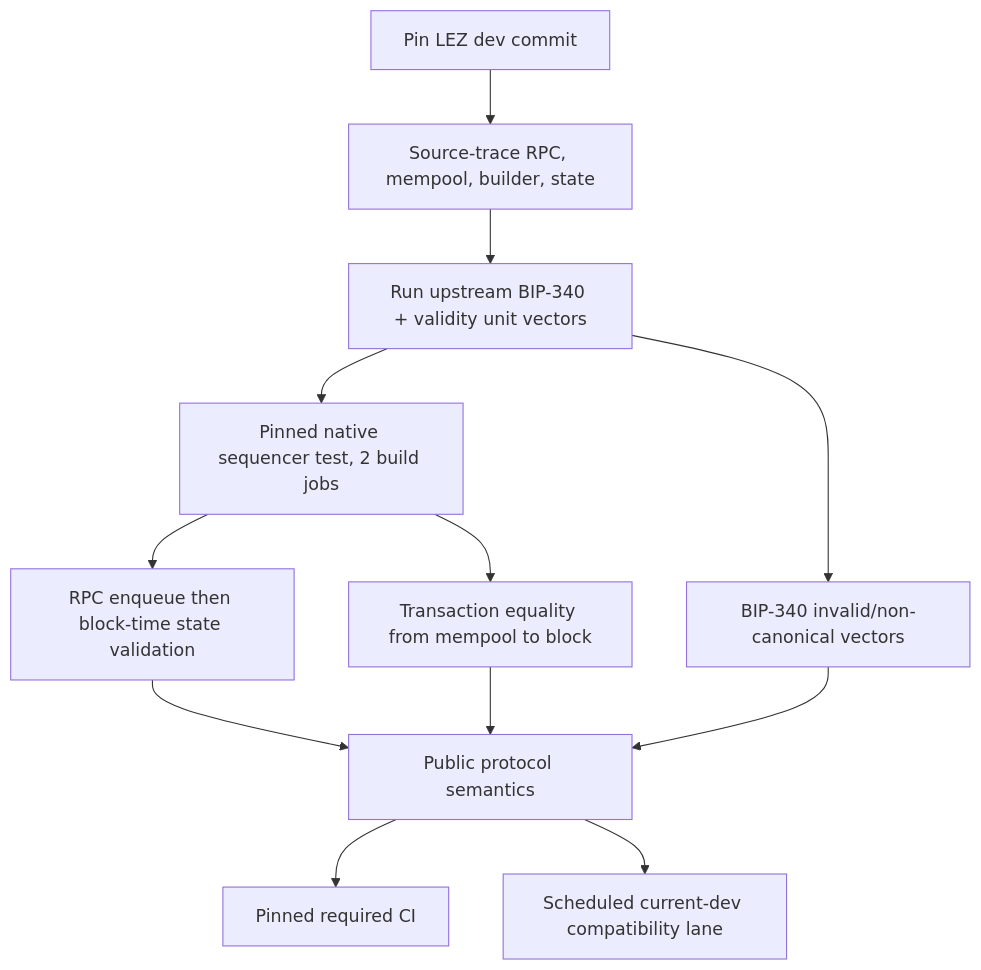
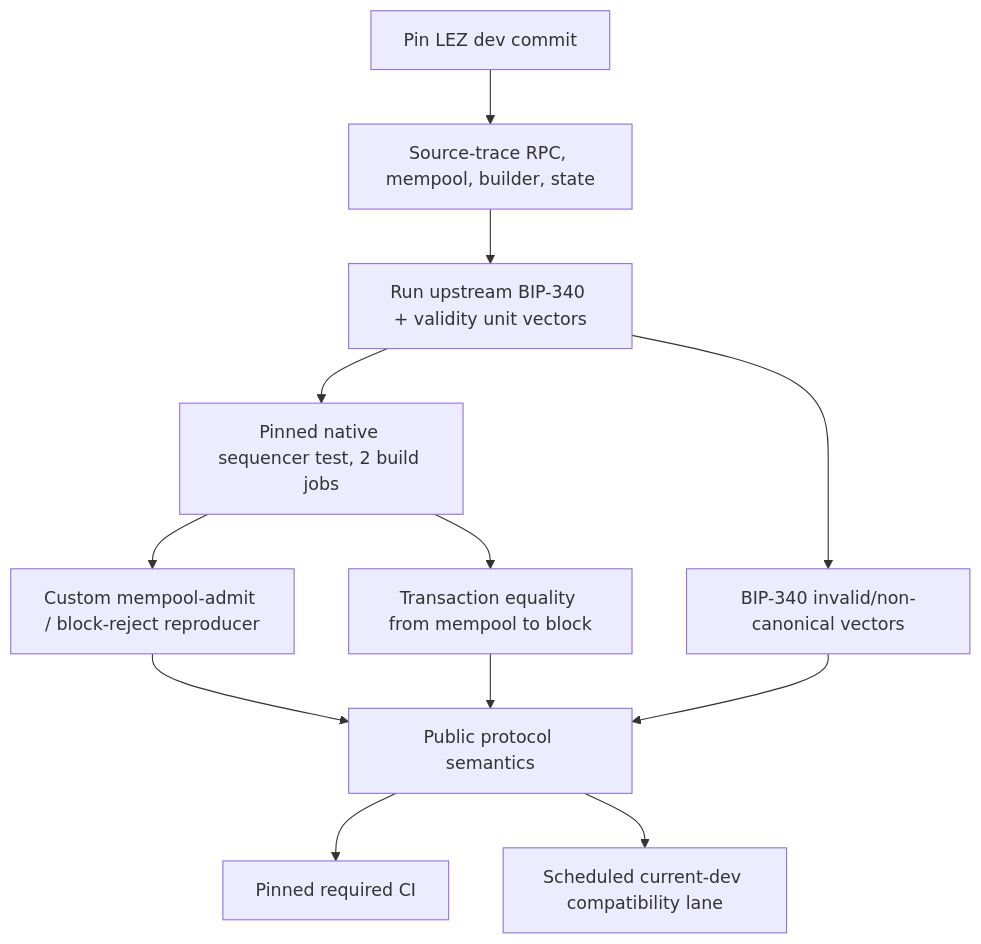
One commit to gateway-fm/lez-atomic-swaps changed the diagram in docs/milestone-1/lez-primitive-verification.md. Above: the diagram before and after it, drawn with Mermaid. The commit also changed other lines of this file and 7 other files, not shown here.

````diff
--- a/docs/milestone-1/lez-primitive-verification.md
+++ b/docs/milestone-1/lez-primitive-verification.md
@@ -7,14 +6,14 @@
 ```mermaid
 flowchart TB
     Pin["Pin LEZ dev commit"] --> Trace["Source-trace RPC, mempool, builder, state"]
     Trace --> Unit["Run upstream BIP-340 + validity unit vectors"]
     Unit --> Sequencer["Pinned native sequencer test, 2 build jobs"]
-    Sequencer --> Admission["RPC enqueue then block-time state validation"]
+    Sequencer --> Admission["Custom mempool-admit / block-reject reproducer"]
     Sequencer --> Bytes["Transaction equality from mempool to block"]
     Unit --> Canonical["BIP-340 invalid/non-canonical vectors"]
     Admission --> Answer["Public protocol semantics"]
     Bytes --> Answer
     Canonical --> Answer
     Answer --> Required["Pinned required CI"]
     Answer --> Current["Scheduled current-dev compatibility lane"]
 ```
````
